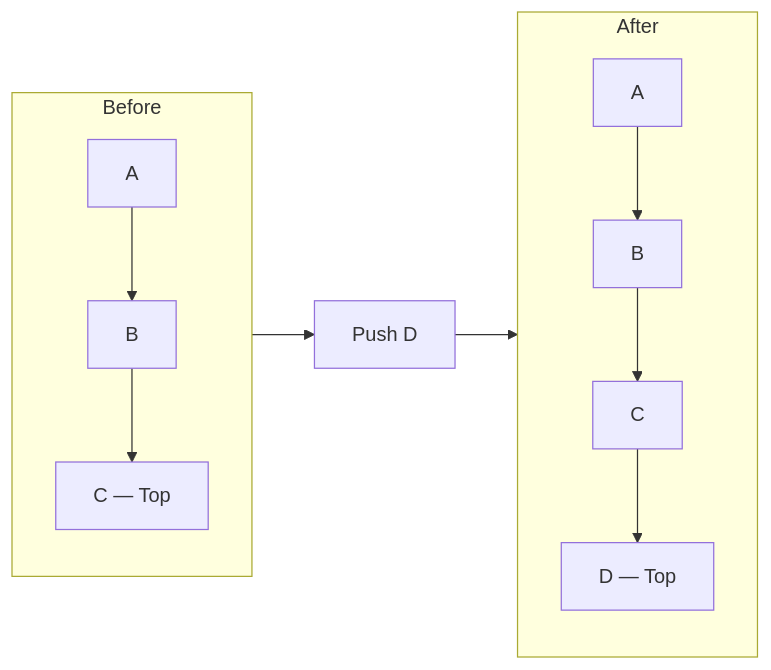
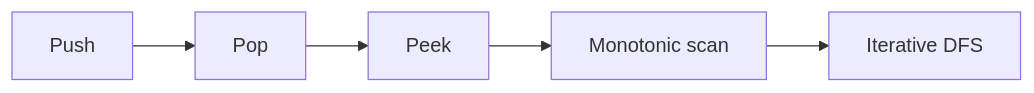
The second of 16 diagrams in docs/datastructures/stack.md (9999dude/omega), drawn with Mermaid before and after one commit. The commit also changed other lines of this file and 58 other files, not shown here.

````diff
--- a/docs/datastructures/stack.md
+++ b/docs/datastructures/stack.md
@@ -59,21 +59,8 @@
 ```mermaid
 flowchart LR
-    subgraph Before
-        A1["A"]
-        B1["B"]
-        C1["C — Top"]
-        A1 --> B1 --> C1
-    end
-
-    X["Push D"]
-
-    subgraph After
-        A2["A"]
-        B2["B"]
-        C2["C"]
-        D2["D — Top"]
-        A2 --> B2 --> C2 --> D2
-    end
-
-    Before --> X --> After
+    A0["Push"]
+    A0 --> A1["Pop"]
+    A1 --> A2["Peek"]
+    A2 --> A3["Monotonic scan"]
+    A3 --> A4["Iterative DFS"]
 ```
````
